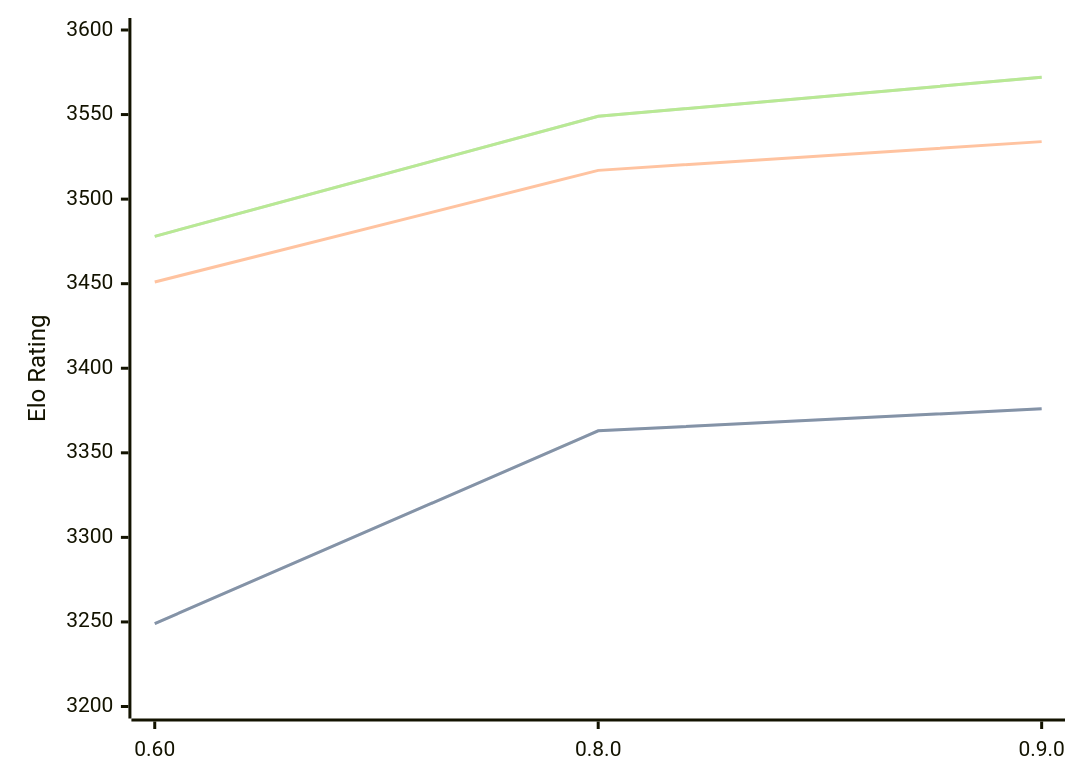
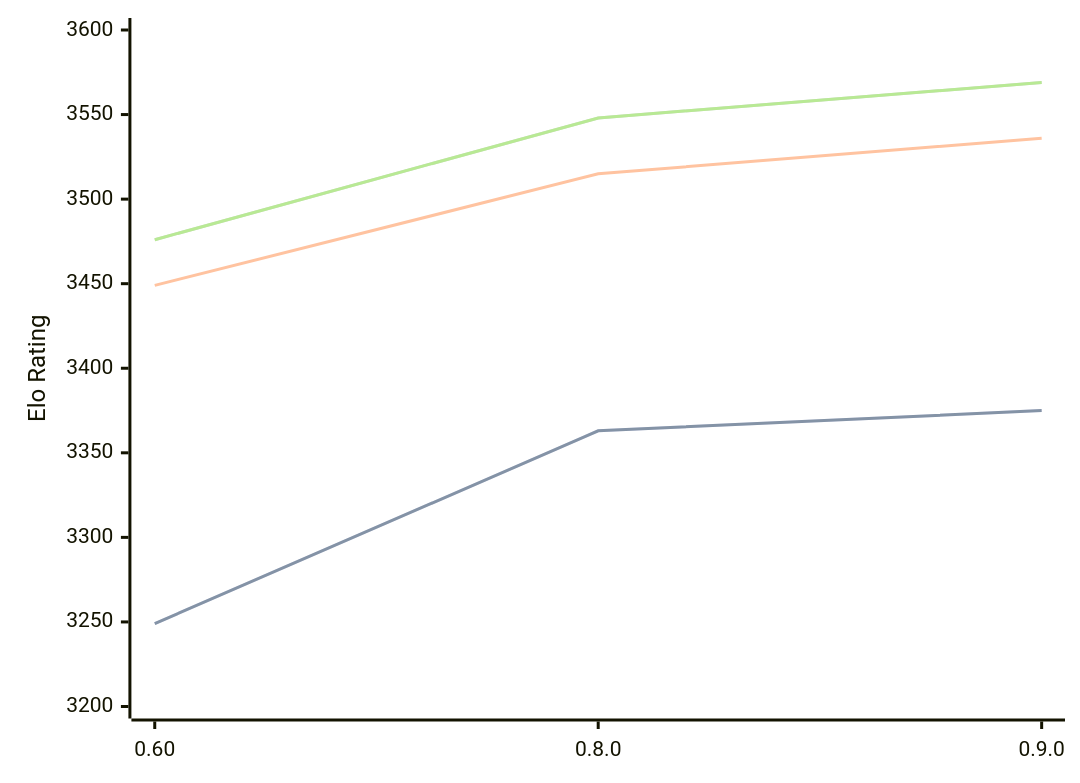
Before and after one commit to computer-chess-index/cci: the diagram in engines/Motor.md, drawn with Mermaid. The commit also changed other lines of this file, not shown here.

Commit message:
Update CCI Ratings (ELO VLTC) - 2026-03-09

````diff
--- a/engines/Motor.md
+++ b/engines/Motor.md
@@ -37,11 +37,11 @@
 ```mermaid
 %%{init: {"theme":"base","themeVariables":{"seriesColors:['#a3a3a3','#222221','#faa371']}}}%%
 xychart-beta
   x-axis ["0.60", "0.8.0", "0.9.0"]
   y-axis "Elo Rating" 3200 --> 3600
-  line "STC (8.0+0.08s)" [3249, 3363, 3376]
-  line "STC (8.0+0.08s)" [3249, 3363, 3376]
-  line "LTC (60.0+0.60s)" [3451, 3517, 3534]
-  line "VLTC (2m24s+1.12s)" [3478, 3549, 3572]
-  line "VLTC (2m24s+1.12s)" [3478, 3549, 3572]
+  line "STC (8.0+0.08s)" [3249, 3363, 3375]
+  line "STC (8.0+0.08s)" [3249, 3363, 3375]
+  line "LTC (60.0+0.60s)" [3449, 3515, 3536]
+  line "VLTC (2m24s+1.12s)" [3476, 3548, 3569]
+  line "VLTC (2m24s+1.12s)" [3476, 3548, 3569]
 ```
````
